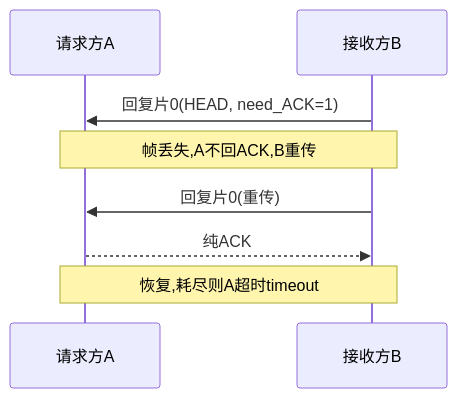
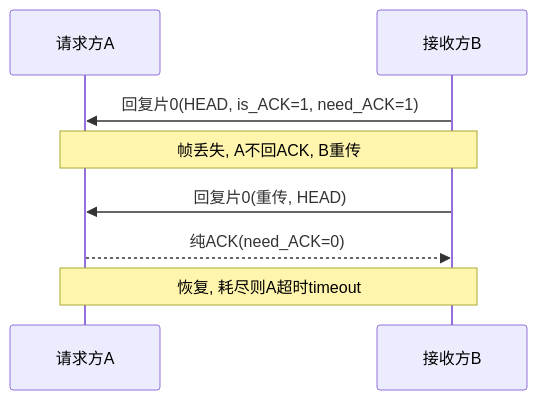
Before and after one commit to Siaiai/ObsidianNote: the ninth of 13 diagrams in 工作/项目/代码/260401S3分拣面板-SIA-R9000P.md, drawn with Mermaid. The commit also changed other lines of this file, not shown here.

````diff
--- a/工作/项目/代码/260401S3分拣面板-SIA-R9000P.md
+++ b/工作/项目/代码/260401S3分拣面板-SIA-R9000P.md
@@ -180,10 +222,10 @@
 ```mermaid
 sequenceDiagram
     participant A as 请求方A
     participant B as 接收方B
-    B->>A: 回复片0(HEAD, need_ACK=1)
-    Note over A,B: 帧丢失,A不回ACK,B重传
-    B->>A: 回复片0(重传)
-    A-->>B: 纯ACK
-    Note over A,B: 恢复,耗尽则A超时timeout
+    B->>A: 回复片0(HEAD, is_ACK=1, need_ACK=1)
+    Note over A,B: 帧丢失, A不回ACK, B重传
+    B->>A: 回复片0(重传, HEAD)
+    A-->>B: 纯ACK(need_ACK=0)
+    Note over A,B: 恢复, 耗尽则A超时timeout
 ```
````
